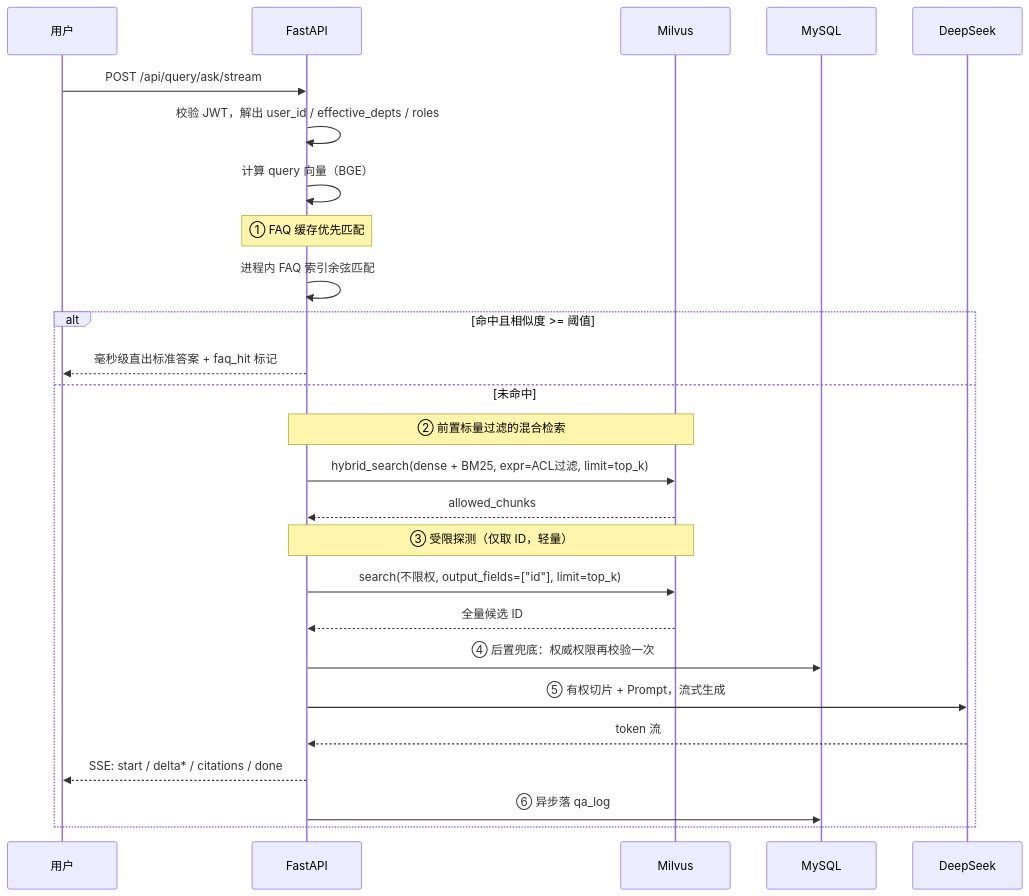
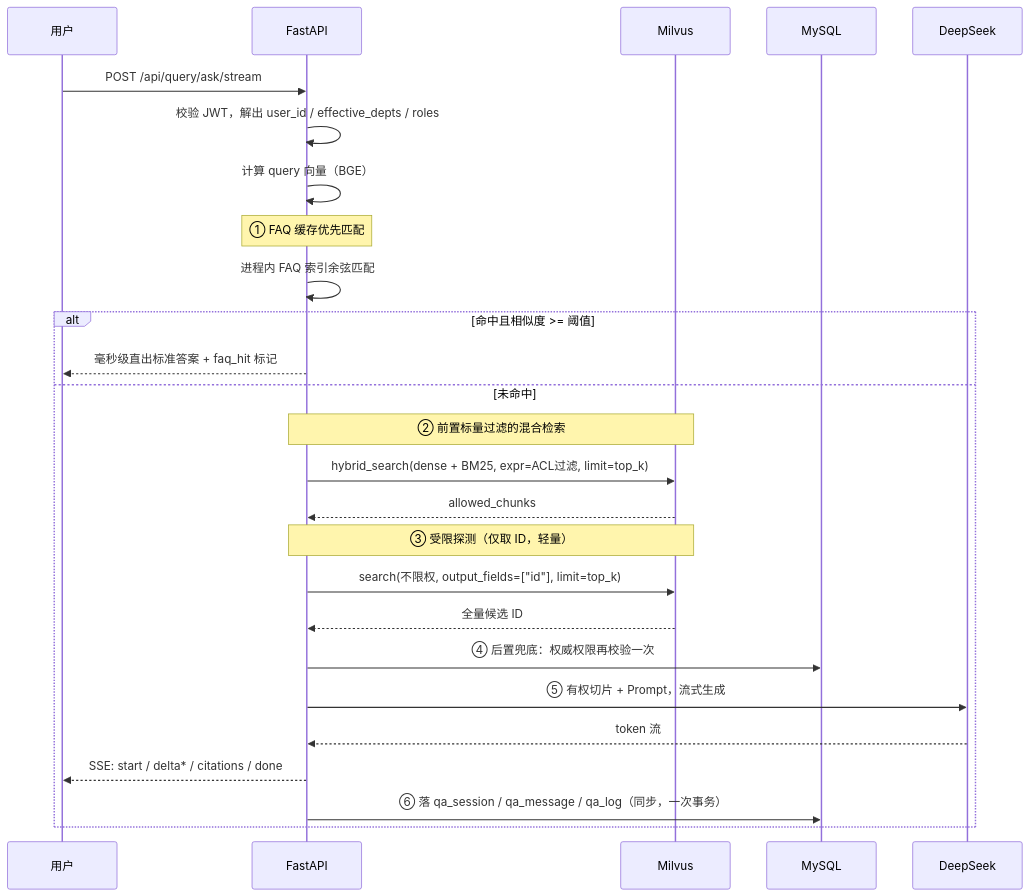
One commit to kunqi66/rag_manager_agent changed the second of 5 diagrams in vibecoding_doc/PRD.md. Above: the diagram before and after it, drawn with Mermaid. The commit also changed other lines of this file and 217 other files, not shown here.

````diff
--- a/vibecoding_doc/PRD.md
+++ b/vibecoding_doc/PRD.md
@@ -251,29 +251,29 @@
 ```mermaid
 sequenceDiagram
     participant U as 用户
     participant API as FastAPI
     participant MV as Milvus
     participant DB as MySQL
     participant LLM as DeepSeek
 
     U->>API: POST /api/query/ask/stream
     API->>API: 校验 JWT，解出 user_id / effective_depts / roles
     API->>API: 计算 query 向量（BGE）
     Note over API: ① FAQ 缓存优先匹配
     API->>API: 进程内 FAQ 索引余弦匹配
     alt 命中且相似度 >= 阈值
         API-->>U: 毫秒级直出标准答案 + faq_hit 标记
     else 未命中
         Note over API,MV: ② 前置标量过滤的混合检索
         API->>MV: hybrid_search(dense + BM25, expr=ACL过滤, limit=top_k)
         MV-->>API: allowed_chunks
         Note over API,MV: ③ 受限探测（仅取 ID，轻量）
         API->>MV: search(不限权, output_fields=["id"], limit=top_k)
         MV-->>API: 全量候选 ID
         API->>DB: ④ 后置兜底：权威权限再校验一次
         API->>LLM: ⑤ 有权切片 + Prompt，流式生成
         LLM-->>API: token 流
         API-->>U: SSE: start / delta* / citations / done
-        API->>DB: ⑥ 异步落 qa_log
+        API->>DB: ⑥ 落 qa_session / qa_message / qa_log（同步，一次事务）
     end
 ```
````
